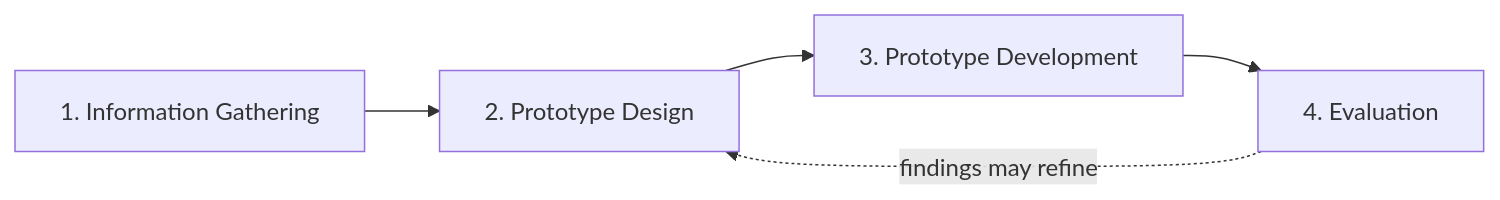
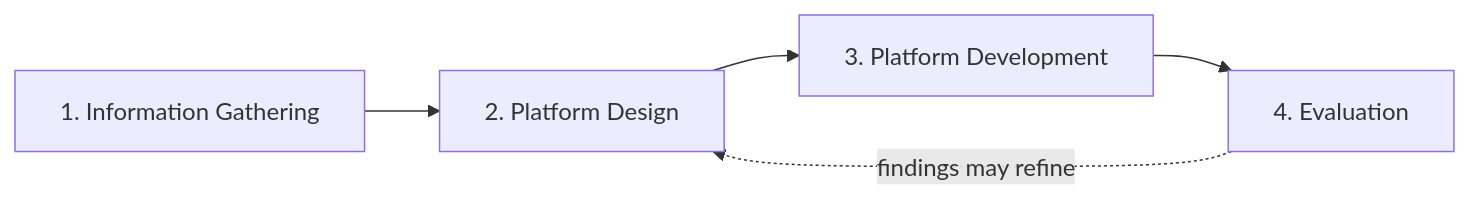
One commit to AdnanQasem/Sahmi changed the first of 2 diagrams in docs/graduation-audit/05-sahmi-final-report-draft.md. Above: the diagram before and after it, drawn with Mermaid. The commit also changed other lines of this file and 278 other files, not shown here.

````diff
--- a/docs/graduation-audit/05-sahmi-final-report-draft.md
+++ b/docs/graduation-audit/05-sahmi-final-report-draft.md
@@ -254,7 +254,7 @@
 ```mermaid
 flowchart LR
-    IG["1. Information Gathering"] --> PD["2. Prototype Design"]
-    PD --> DEV["3. Prototype Development"]
+    IG["1. Information Gathering"] --> PD["2. Platform Design"]
+    PD --> DEV["3. Platform Development"]
     DEV --> EV["4. Evaluation"]
     EV -. findings may refine .-> PD
 ```
````
